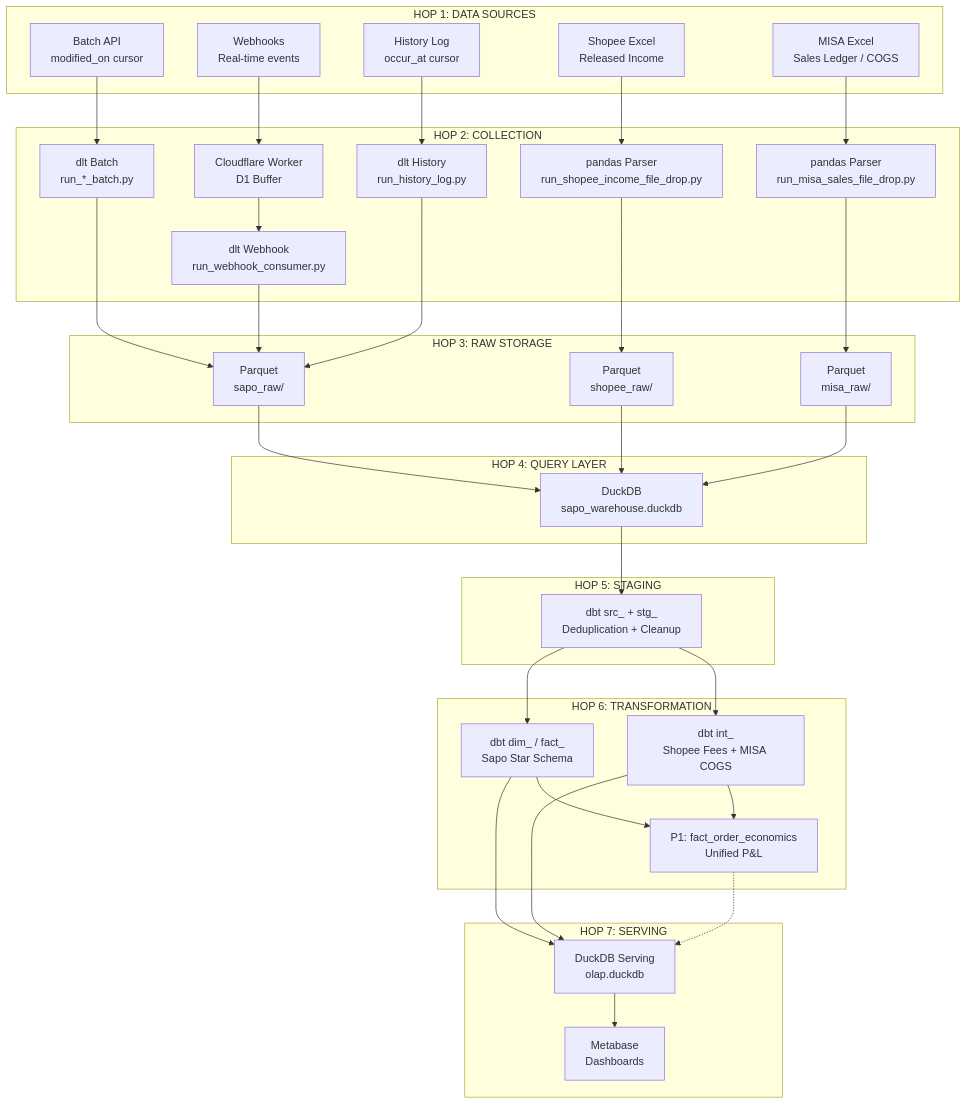
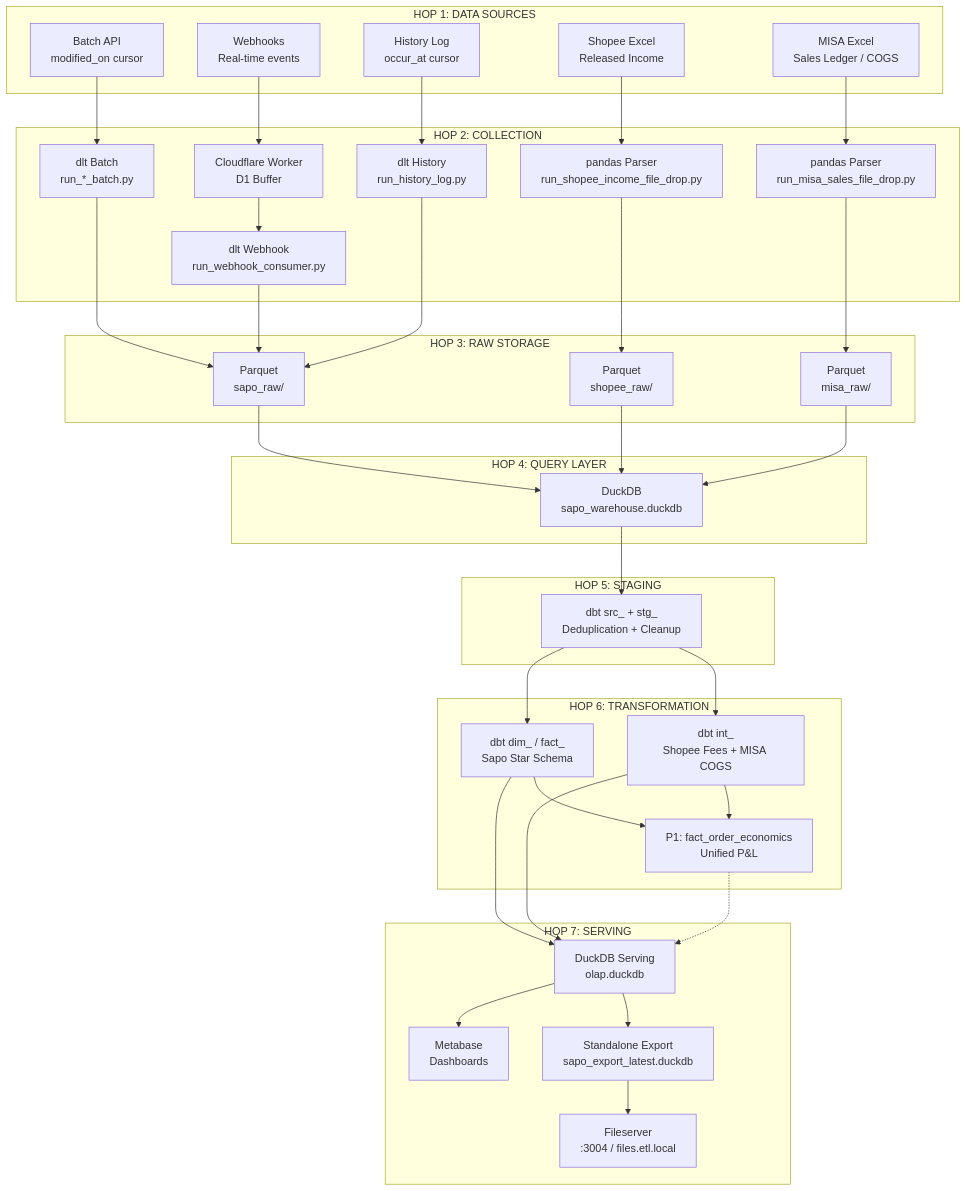
The diagram in docs/architecture/data-flow.md (vantt/data-integration), drawn with Mermaid before and after one commit. The commit also changed other lines of this file and 17 other files, not shown here.

First line of the commit message:
feat(serving): add standalone DuckDB export + Caddy fileserver

````diff
--- a/docs/architecture/data-flow.md
+++ b/docs/architecture/data-flow.md
@@ -21,70 +21,74 @@
 ```mermaid
 flowchart TB
     subgraph HOP1["HOP 1: DATA SOURCES"]
         BA[Batch API<br/>modified_on cursor]
         WH[Webhooks<br/>Real-time events]
         HL[History Log<br/>occur_at cursor]
         SPE[Shopee Excel<br/>Released Income]
         MISA[MISA Excel<br/>Sales Ledger / COGS]
     end
 
     subgraph HOP2["HOP 2: COLLECTION"]
         DLT_B[dlt Batch<br/>run_*_batch.py]
         CF[Cloudflare Worker<br/>D1 Buffer]
         DLT_H[dlt History<br/>run_history_log.py]
         DLT_W[dlt Webhook<br/>run_webhook_consumer.py]
         FD_S[pandas Parser<br/>run_shopee_income_file_drop.py]
         FD_M[pandas Parser<br/>run_misa_sales_file_drop.py]
     end
 
     subgraph HOP3["HOP 3: RAW STORAGE"]
         PQ_SAPO[Parquet<br/>sapo_raw/]
         PQ_SHOP[Parquet<br/>shopee_raw/]
         PQ_MISA[Parquet<br/>misa_raw/]
     end
 
     subgraph HOP4["HOP 4: QUERY LAYER"]
         DUCK[DuckDB<br/>sapo_warehouse.duckdb]
     end
 
     subgraph HOP5["HOP 5: STAGING"]
         STG[dbt src_ + stg_<br/>Deduplication + Cleanup]
     end
 
     subgraph HOP6["HOP 6: TRANSFORMATION"]
         INT_SAPO[dbt dim_ / fact_<br/>Sapo Star Schema]
         INT_ENRICH[dbt int_<br/>Shopee Fees + MISA COGS]
         ECON[P1: fact_order_economics<br/>Unified P&L]
     end
 
     subgraph HOP7["HOP 7: SERVING"]
         SERVE[DuckDB Serving<br/>olap.duckdb]
         MB[Metabase<br/>Dashboards]
+        EXP[Standalone Export<br/>sapo_export_latest.duckdb]
+        FS[Fileserver<br/>:3004 / files.etl.local]
     end
 
     BA --> DLT_B
     WH --> CF
     HL --> DLT_H
     CF --> DLT_W
     SPE --> FD_S
     MISA --> FD_M
 
     DLT_B --> PQ_SAPO
     DLT_W --> PQ_SAPO
     DLT_H --> PQ_SAPO
     FD_S --> PQ_SHOP
     FD_M --> PQ_MISA
 
     PQ_SAPO --> DUCK
     PQ_SHOP --> DUCK
     PQ_MISA --> DUCK
     DUCK --> STG
     STG --> INT_SAPO
     STG --> INT_ENRICH
     INT_SAPO --> ECON
     INT_ENRICH --> ECON
     INT_SAPO --> SERVE
     INT_ENRICH --> SERVE
     ECON -.-> SERVE
     SERVE --> MB
+    SERVE --> EXP
+    EXP --> FS
 ```
````
